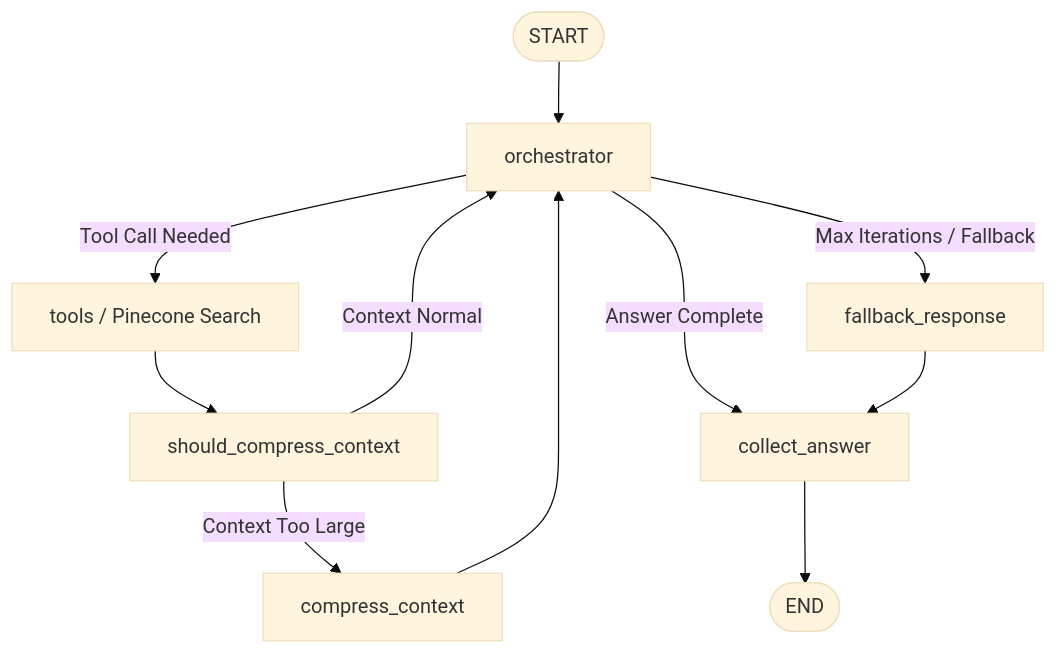
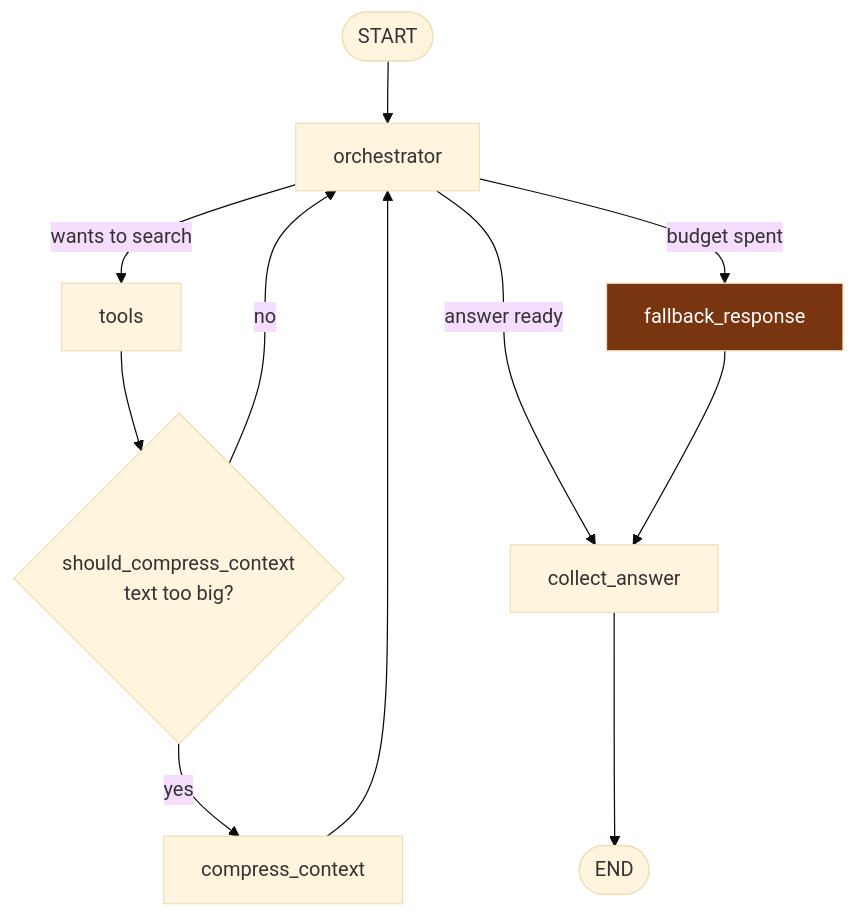
Diagram 17 of 38 in ARCHITECTURE_ANALYSIS.md (SurgeEnterpriseAI/Surge-FAQ-Chatbot), drawn with Mermaid (base theme) before and after one commit. The commit also changed other lines of this file and 41 other files, not shown here.

````diff
--- a/ARCHITECTURE_ANALYSIS.md
+++ b/ARCHITECTURE_ANALYSIS.md
@@ -95,13 +759,15 @@
 ```mermaid
 flowchart TD
-    SubStart([START]) --> Orch[orchestrator]
-    Orch -->|Tool Call Needed| Tools[tools / Pinecone Search]
-    Tools --> CompressCheck[should_compress_context]
-    CompressCheck -->|Context Too Large| Compress[compress_context]
-    CompressCheck -->|Context Normal| Orch
+    SubStart([START]) --> Orch["orchestrator"]
+    Orch -->|wants to search| Tools["tools"]
+    Tools --> Check{"should_compress_context<br/>text too big?"}
+    Check -->|yes| Compress["compress_context"]
+    Check -->|no| Orch
     Compress --> Orch
-    Orch -->|Max Iterations / Fallback| Fallback[fallback_response]
-    Orch -->|Answer Complete| Collect[collect_answer]
+    Orch -->|budget spent| Fallback["fallback_response"]
+    Orch -->|answer ready| Collect["collect_answer"]
     Fallback --> Collect
     Collect --> SubEnd([END])
+
+    style Fallback fill:#78350f,color:#fff
 ```
````
